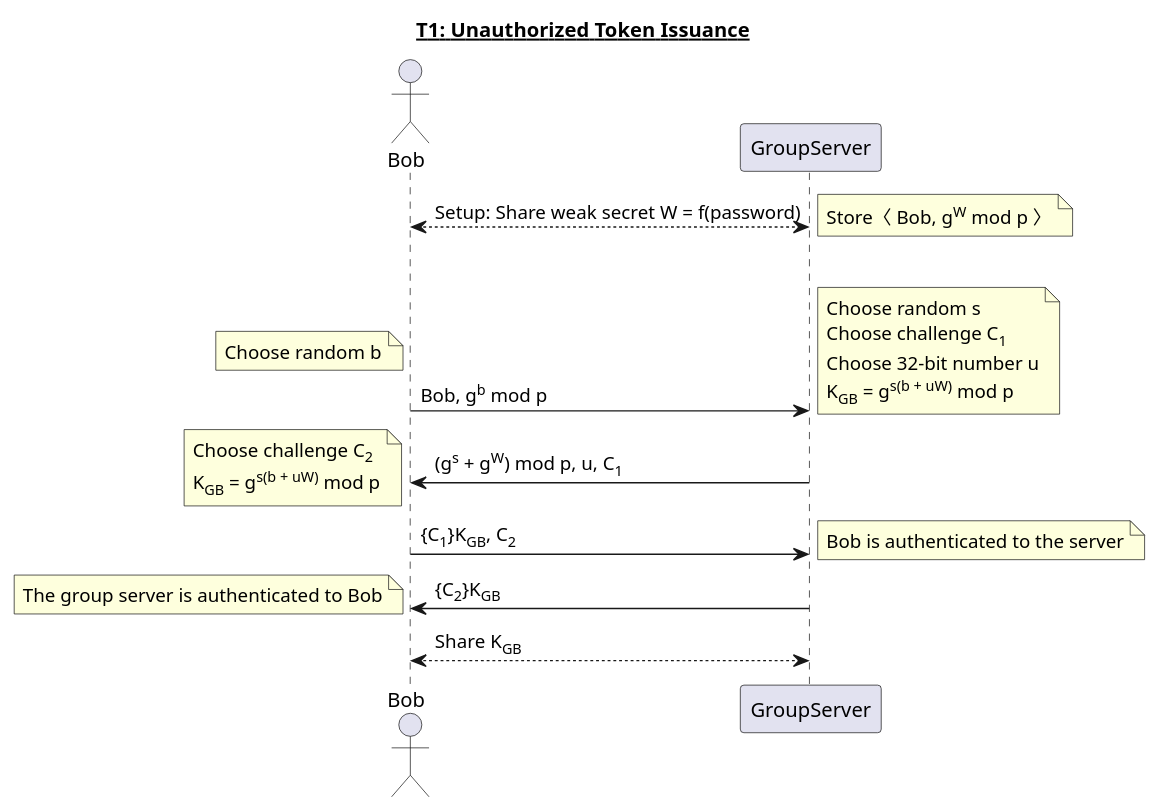
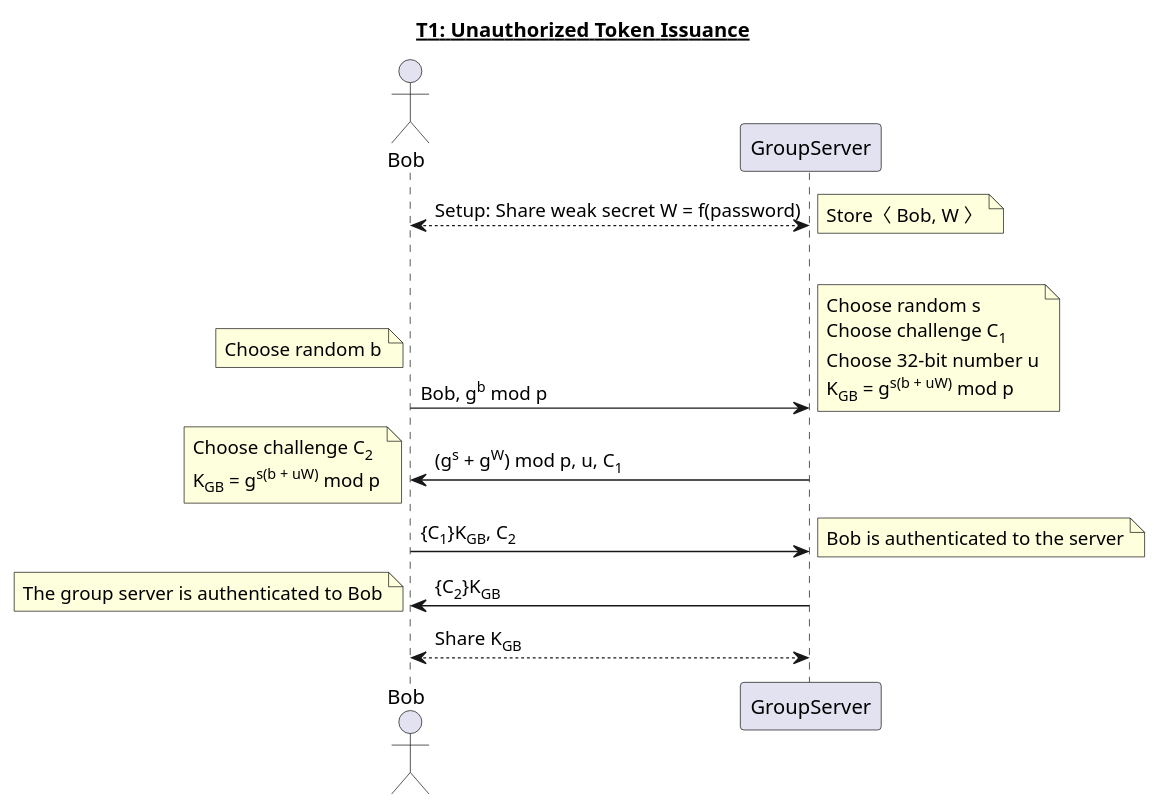
The diagram in reports/img/T1.puml (jondyer/cs1653-2017fa-jbd29-mar257-zds14), drawn with PlantUML before and after one commit. The commit also changed 3 other files, not shown here.

Commit message:
Added notes to diagrams

```diff
--- a/reports/img/T1.puml
+++ b/reports/img/T1.puml
@@ -1,27 +1,27 @@
 @startuml
 title __T1: Unauthorized Token Issuance__
 actor Bob
 
 Bob <--> GroupServer: Setup: Share weak secret W = f(password)
-note right: Store〈 Bob, g<sup>W</sup> mod p 〉
+note right: Store〈 Bob, W 〉
 |||
 Bob -> GroupServer: Bob, g<sup>b</sup> mod p 
 note left: Choose random b
 note right
 	Choose random s
 	Choose challenge C<sub>1</sub>
 	Choose 32-bit number u
 	K<sub>GB</sub> = g<sup>s(b + uW)</sup> mod p
 end note
 
 GroupServer -> Bob: (g<sup>s</sup> + g<sup>W</sup>) mod p, u, C<sub>1</sub>
 note left
 	Choose challenge C<sub>2</sub>
 	K<sub>GB</sub> = g<sup>s(b + uW)</sup> mod p
 end note
 Bob -> GroupServer: {C<sub>1</sub>}K<sub>GB</sub>, C<sub>2</sub>
 note right: Bob is authenticated to the server
 GroupServer -> Bob: {C<sub>2</sub>}K<sub>GB</sub>
 note left: The group server is authenticated to Bob
 Bob <--> GroupServer: Share K<sub>GB</sub>
 @enduml
```
